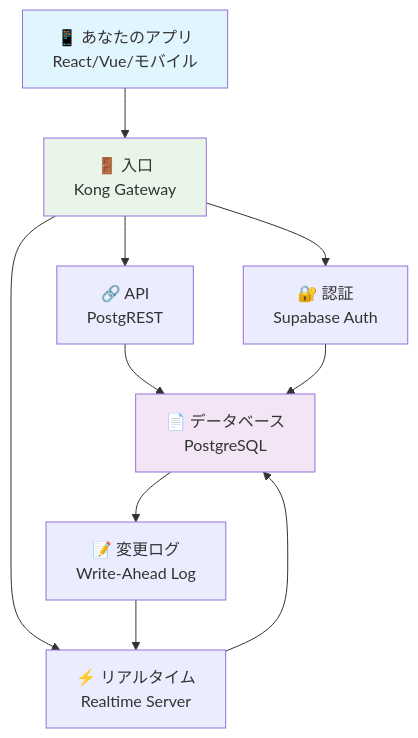
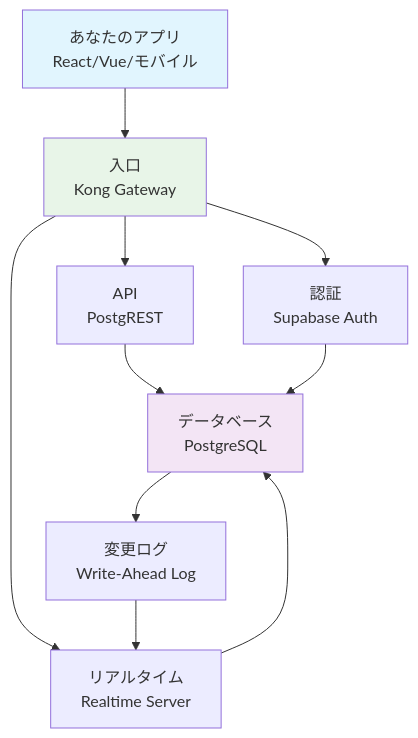
One commit to itdojp/supabase-architecture-patterns-book changed the fourth of 6 diagrams in docs/chapters/chapter01/index.md. Above: the diagram before and after it, drawn with Mermaid. The commit also changed other lines of this file and 49 other files, not shown here.

````diff
--- a/docs/chapters/chapter01/index.md
+++ b/docs/chapters/chapter01/index.md
@@ -112,18 +112,18 @@
 ```mermaid
 flowchart TB
-    Client[📱 あなたのアプリ<br/>React/Vue/モバイル] --> Kong[🚪 入口<br/>Kong Gateway]
-    Kong --> PostgREST[🔗 API<br/>PostgREST]
-    Kong --> Realtime[⚡ リアルタイム<br/>Realtime Server]
-    Kong --> Auth[🔐 認証<br/>Supabase Auth]
+    Client[ あなたのアプリ<br/>React/Vue/モバイル] --> Kong[ 入口<br/>Kong Gateway]
+    Kong --> PostgREST[ API<br/>PostgREST]
+    Kong --> Realtime[ リアルタイム<br/>Realtime Server]
+    Kong --> Auth[ 認証<br/>Supabase Auth]
     
-    PostgREST --> PostgreSQL[📄 データベース<br/>PostgreSQL]
+    PostgREST --> PostgreSQL[ データベース<br/>PostgreSQL]
     Realtime --> PostgreSQL
     Auth --> PostgreSQL
     
-    PostgreSQL --> WAL[📝 変更ログ<br/>Write-Ahead Log]
+    PostgreSQL --> WAL[ 変更ログ<br/>Write-Ahead Log]
     WAL --> Realtime
     
     style Client fill:#e1f5fe
     style PostgreSQL fill:#f3e5f5
     style Kong fill:#e8f5e8
 ```
````
